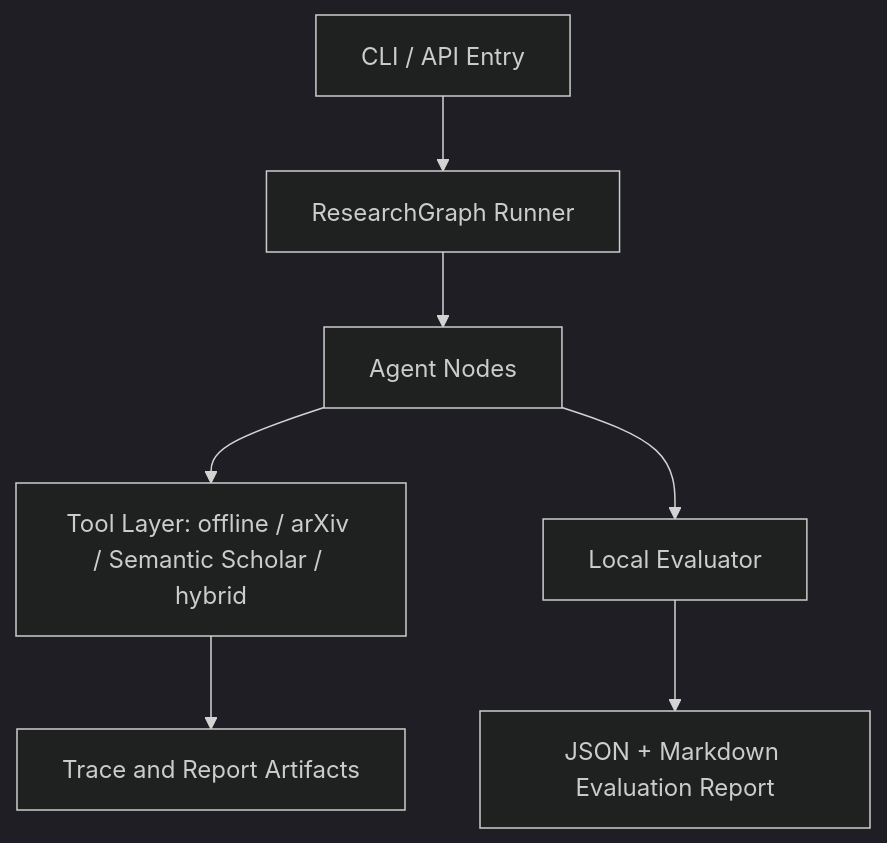
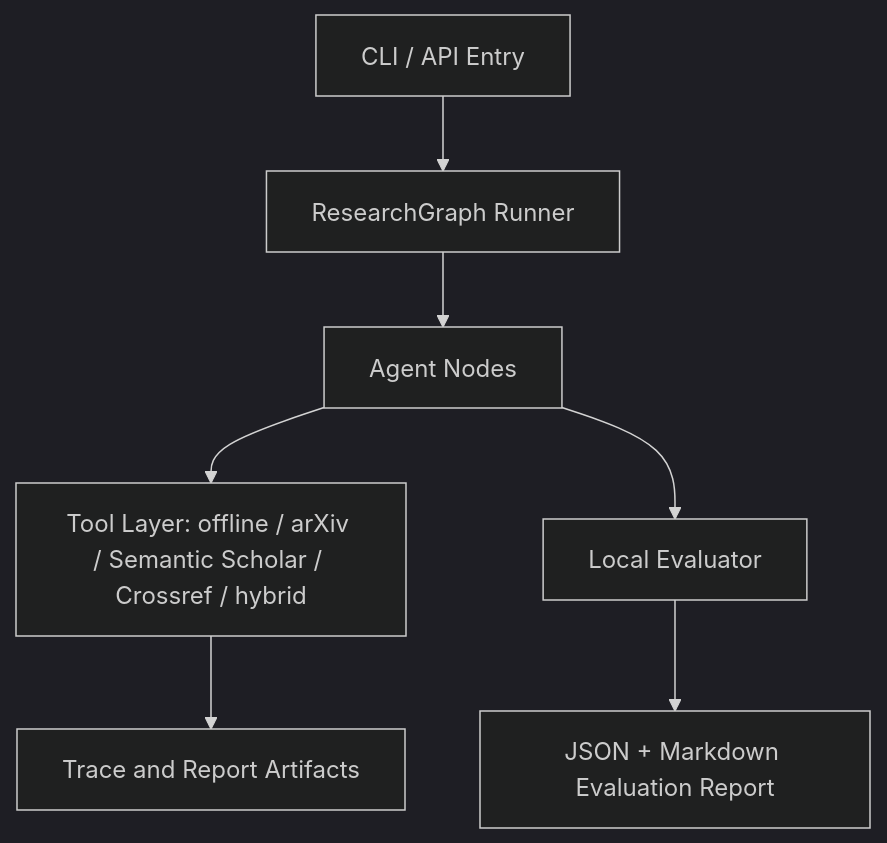
One commit to xinyizhiren/cs599-project changed the first of 3 diagrams in docs/CS599_大作业报告.md. Above: the diagram before and after it, drawn with Mermaid (dark theme). The commit also changed other lines of this file and 13 other files, not shown here.

Commit message:
Add Crossref hybrid search source

````diff
--- a/docs/CS599_大作业报告.md
+++ b/docs/CS599_大作业报告.md
@@ -126,9 +126,9 @@
 ```mermaid
 flowchart TD
     CLI["CLI / API Entry"] --> Graph["ResearchGraph Runner"]
     Graph --> Agents["Agent Nodes"]
-    Agents --> Tools["Tool Layer: offline / arXiv / Semantic Scholar / hybrid"]
+    Agents --> Tools["Tool Layer: offline / arXiv / Semantic Scholar / Crossref / hybrid"]
     Tools --> Store["Trace and Report Artifacts"]
     Agents --> Eval["Local Evaluator"]
     Eval --> Score["JSON + Markdown Evaluation Report"]
 ```
````
